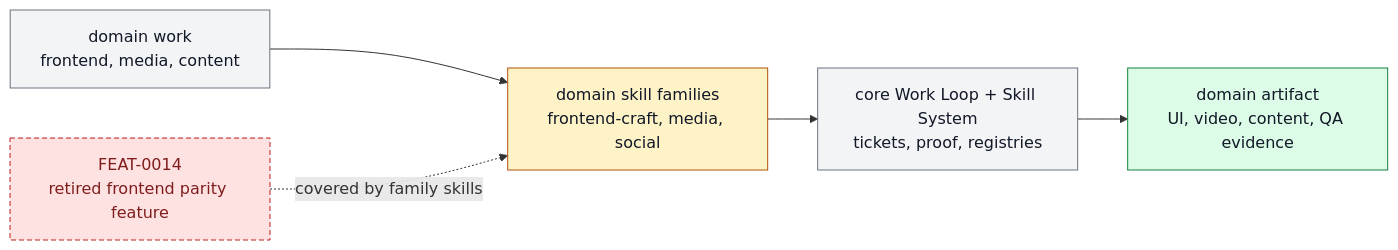
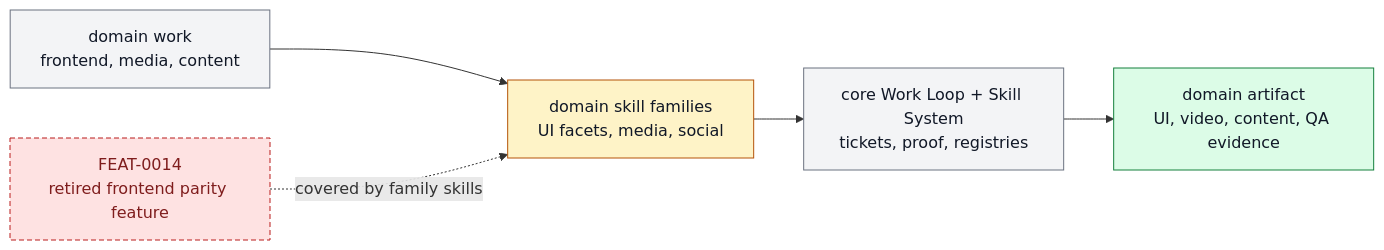
One commit to ZanarkandTechnologies/Farplane changed the diagram in docs/systems/domain-skill-families.md. Above: the diagram before and after it, drawn with Mermaid. The commit also changed other lines of this file and 100 other files, not shown here.

````diff
--- a/docs/systems/domain-skill-families.md
+++ b/docs/systems/domain-skill-families.md
@@ -86,16 +86,16 @@
 ```mermaid
 flowchart LR
   classDef keep fill:#f3f4f6,stroke:#6b7280,color:#111827
   classDef changed fill:#fef3c7,stroke:#b45309,color:#111827
   classDef added fill:#dcfce7,stroke:#15803d,color:#111827
   classDef retired fill:#fee2e2,stroke:#b91c1c,color:#7f1d1d,stroke-dasharray: 5 3
 
   request["domain work<br/>frontend, media, content"]:::keep
-  families["domain skill families<br/>frontend-craft, media, social"]:::changed
+  families["domain skill families<br/>UI facets, media, social"]:::changed
   retired["FEAT-0014<br/>retired frontend parity feature"]:::retired
   core["core Work Loop + Skill System<br/>tickets, proof, registries"]:::keep
   artifact["domain artifact<br/>UI, video, content, QA evidence"]:::added
 
   request --> families --> core --> artifact
   retired -. "covered by family skills" .-> families
 ```
````
